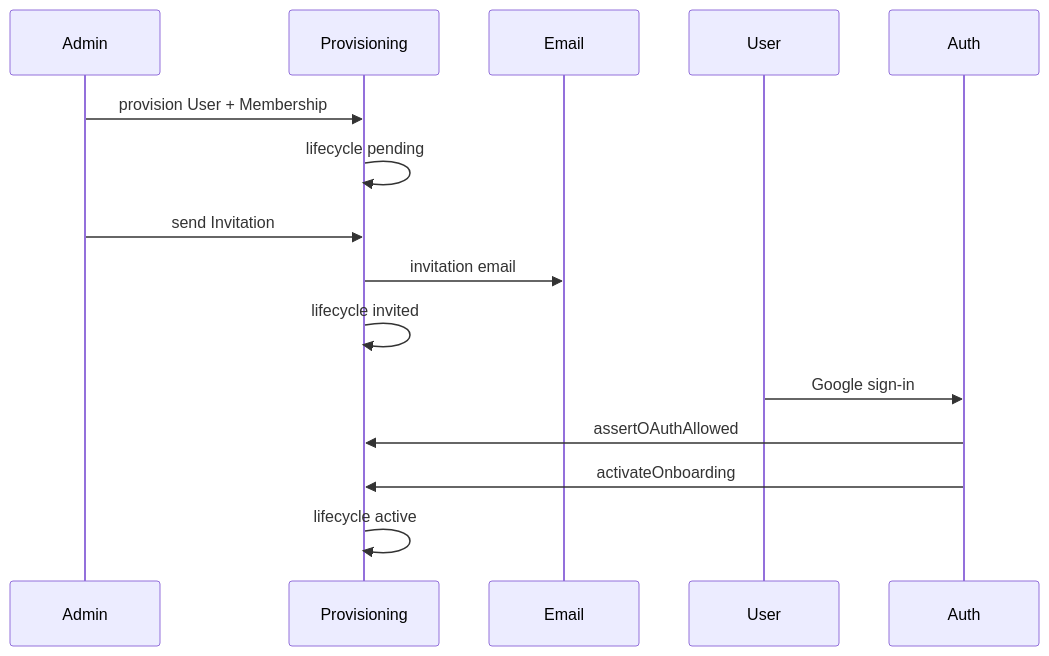
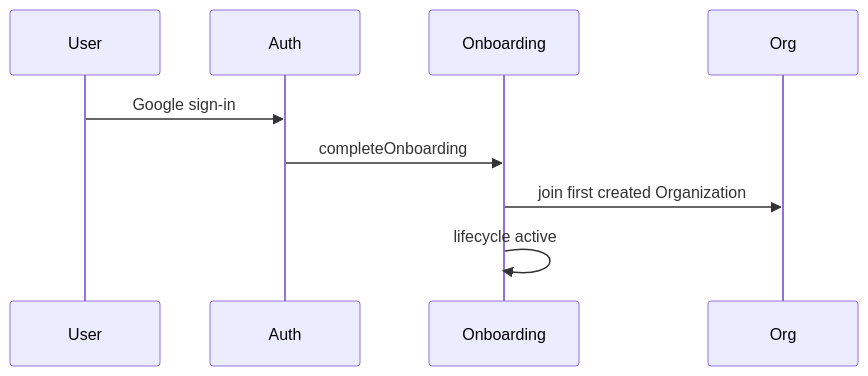
The diagram in docs/architecture.md (Instituto-Blooma/hackblooma), drawn with Mermaid before and after one commit. The commit also changed other lines of this file and 15 other files, not shown here.

First line of the commit message:
Let new people join the first organization on Google sign-in.

````diff
--- a/docs/architecture.md
+++ b/docs/architecture.md
@@ -60,18 +60,12 @@
 ```mermaid
 sequenceDiagram
-  participant Admin
-  participant Provisioning
-  participant Email
   participant User
   participant Auth
+  participant Onboarding
+  participant Org
 
-  Admin->>Provisioning: provision User + Membership
-  Provisioning->>Provisioning: lifecycle pending
-  Admin->>Provisioning: send Invitation
-  Provisioning->>Email: invitation email
-  Provisioning->>Provisioning: lifecycle invited
   User->>Auth: Google sign-in
-  Auth->>Provisioning: assertOAuthAllowed
-  Auth->>Provisioning: activateOnboarding
-  Provisioning->>Provisioning: lifecycle active
+  Auth->>Onboarding: completeOnboarding
+  Onboarding->>Org: join first created Organization
+  Onboarding->>Onboarding: lifecycle active
 ```
````
